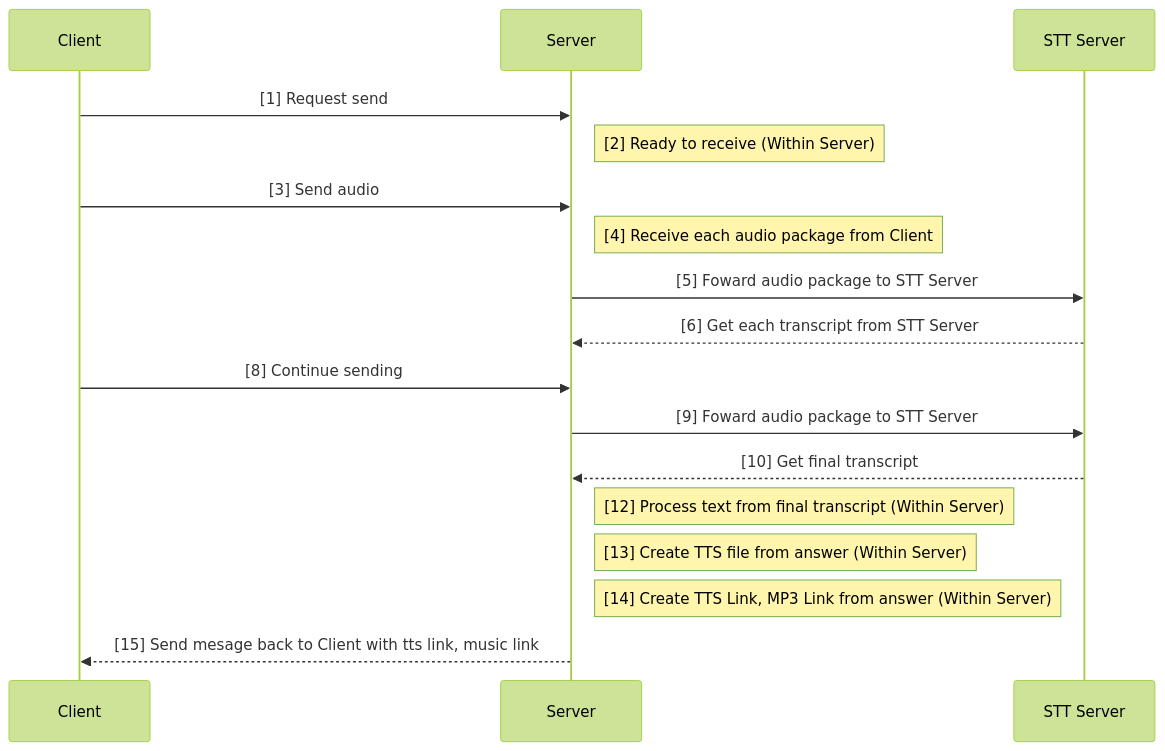
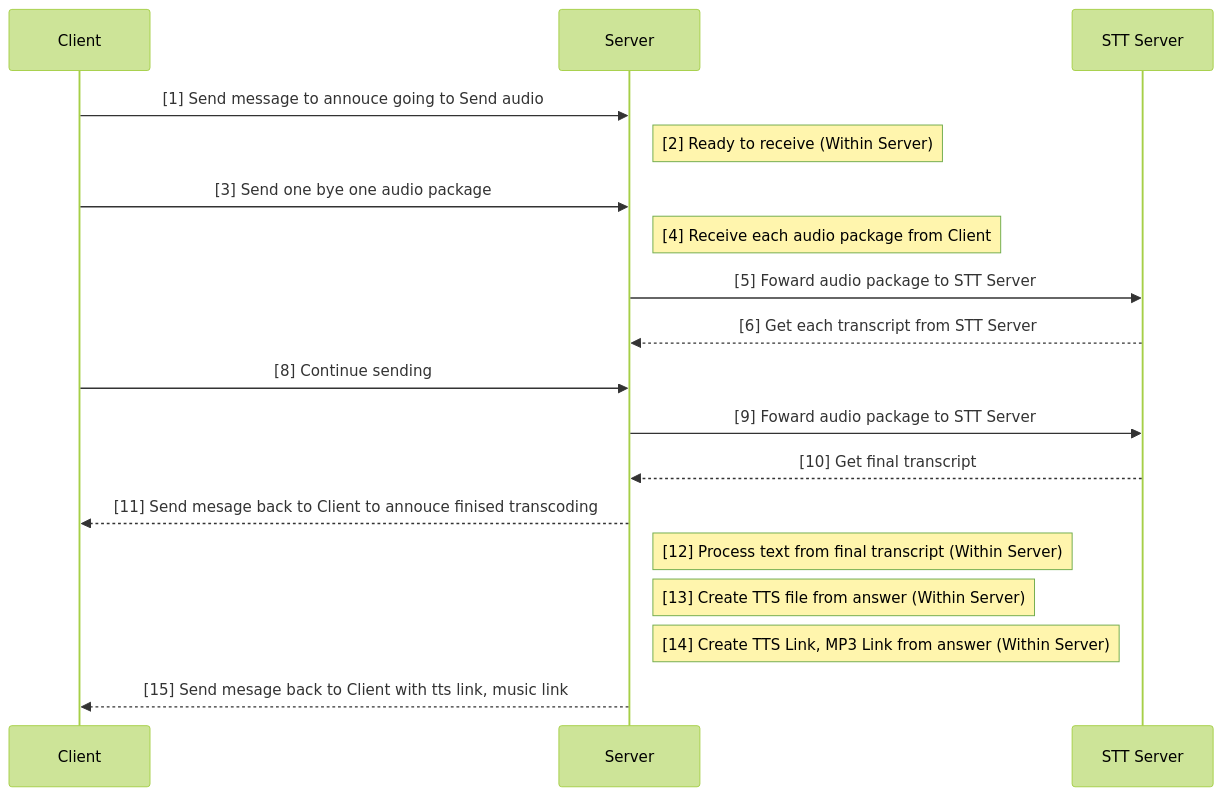
One commit to phanmemkhoinghiep/vietbot_server changed the diagram in README.md. Above: the diagram before and after it, drawn with Mermaid (forest theme).

````diff
--- a/README.md
+++ b/README.md
@@ -3,25 +3,25 @@
 ```mermaid
 sequenceDiagram
     participant Client
     participant Server
     participant STTServer as STT Server
 
-    Client->>Server: [1] Request send
+    Client->>Server: [1] Send message to annouce going to Send audio
     Note right of Server: [2] Ready to receive (Within Server)
-
-    Client->>Server: [3] Send audio
+    Client->>Server: [3] Send one bye one audio package
     Note right of Server: [4] Receive each audio package from Client
     Server->>STTServer: [5] Foward audio package to STT Server
 
     STTServer-->>Server: [6] Get each transcript from STT Server
 
     Client->>Server: [8] Continue sending
     Server->>STTServer: [9] Foward audio package to STT Server
 
     STTServer-->>Server: [10] Get final transcript
+    Server-->>Client: [11] Send mesage back to Client to annouce finised transcoding
     Note right of Server: [12] Process text from final transcript (Within Server)
     Note right of Server: [13] Create TTS file from answer (Within Server)
     Note right of Server: [14] Create TTS Link, MP3 Link from answer (Within Server)
 
     Server-->>Client: [15] Send mesage back to Client with tts link, music link
 ```
````
